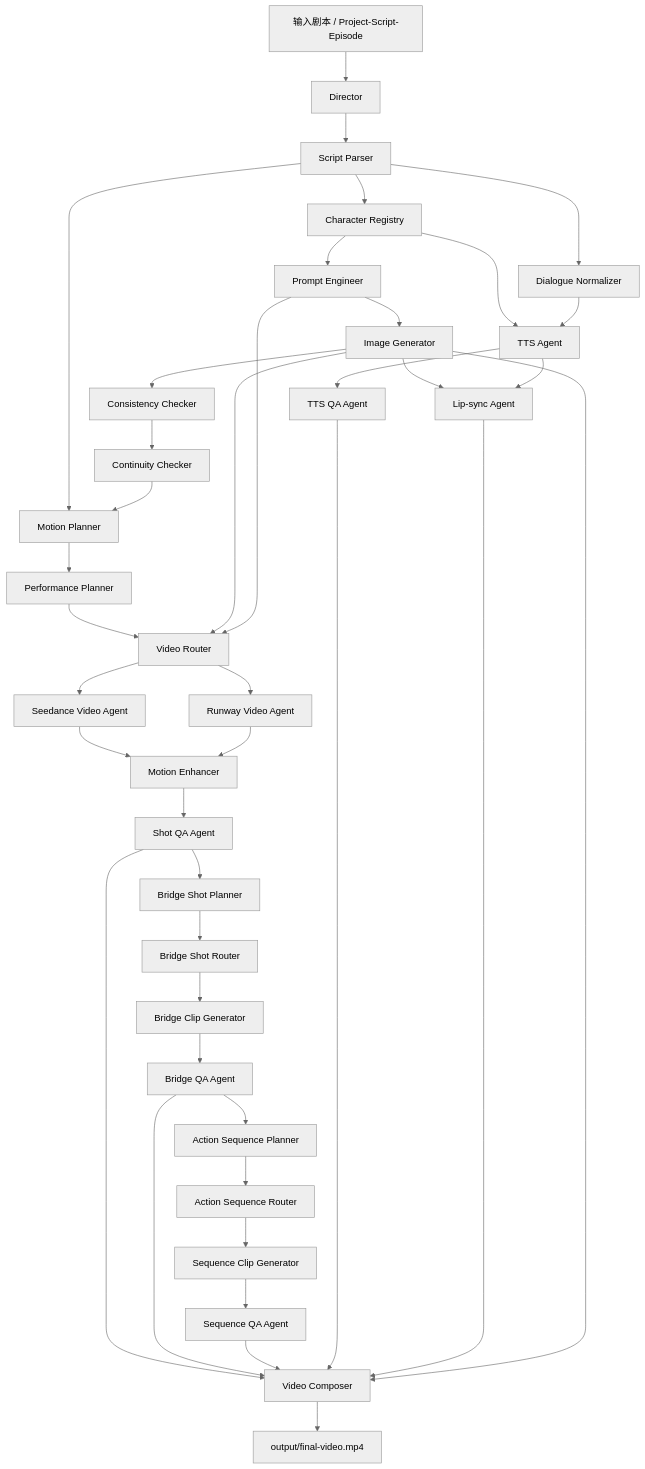
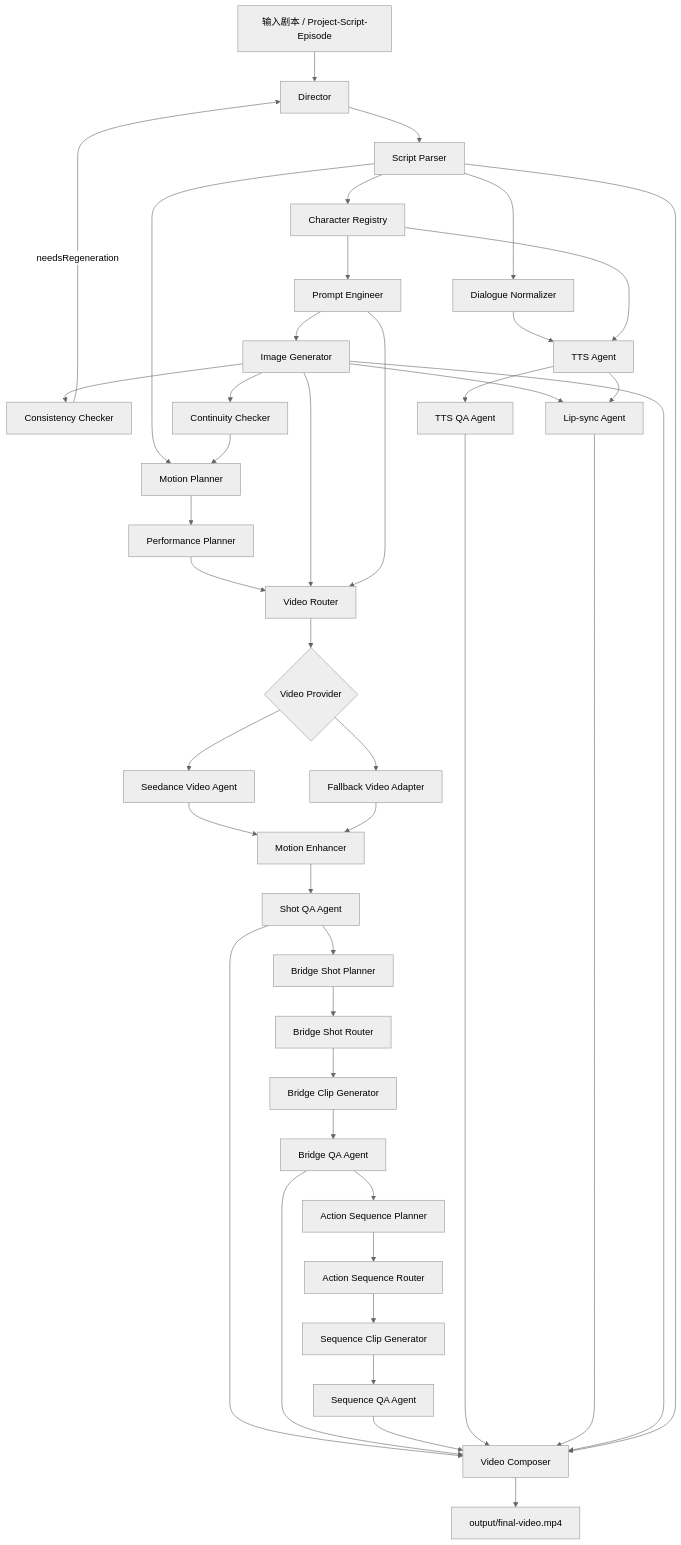
Before and after one commit to OliverPanda/AI-video-factory-pro: the diagram in README.md, drawn with Mermaid (neutral theme). The commit also changed other lines of this file and 63 other files, not shown here.

First line of the commit message:
完成 fallback video 通用化接入与 sequence QA/续跑收口

````diff
--- a/README.md
+++ b/README.md
@@ -85,42 +85,45 @@
 ```mermaid
 flowchart TD
     A[输入剧本 / Project-Script-Episode] --> B[Director]
     B --> C[Script Parser]
     C --> D[Character Registry]
     D --> E[Prompt Engineer]
     E --> F[Image Generator]
     F --> G[Consistency Checker]
-    G --> H[Continuity Checker]
+    G -->|needsRegeneration| B
+    F --> H[Continuity Checker]
     C --> I[Motion Planner]
     H --> I
     I --> J[Performance Planner]
     J --> K[Video Router]
     F --> K
     E --> K
-    K --> L1[Seedance Video Agent]
-    K --> L2[Runway Video Agent]
+    K --> L{Video Provider}
+    L --> L1[Seedance Video Agent]
+    L --> L2[Fallback Video Adapter]
     L1 --> M[Motion Enhancer]
     L2 --> M
     M --> N[Shot QA Agent]
-    N --> O[Bridge Shot Planner]
-    O --> P[Bridge Shot Router]
-    P --> Q[Bridge Clip Generator]
-    Q --> R[Bridge QA Agent]
-    R --> AS1[Action Sequence Planner]
-    AS1 --> AS2[Action Sequence Router]
-    AS2 --> AS3[Sequence Clip Generator]
-    AS3 --> AS4[Sequence QA Agent]
-    C --> S[Dialogue Normalizer]
-    D --> T[TTS Agent]
-    S --> T
+    N --> BS[Bridge Shot Planner]
+    BS --> BR[Bridge Shot Router]
+    BR --> BG[Bridge Clip Generator]
+    BG --> BQ[Bridge QA Agent]
+    BQ --> ASP[Action Sequence Planner]
+    ASP --> ASR[Action Sequence Router]
+    ASR --> ASG[Sequence Clip Generator]
+    ASG --> ASQ[Sequence QA Agent]
+    C --> DN[Dialogue Normalizer]
+    DN --> T[TTS Agent]
+    D --> T
     T --> U[TTS QA Agent]
     F --> V[Lip-sync Agent]
     T --> V
     N --> W[Video Composer]
-    R --> W
-    AS4 --> W
+    BQ --> W
+    ASQ --> W
     U --> W
     V --> W
     F --> W
+    C --> W
     W --> X[output/final-video.mp4]
 ```
````
